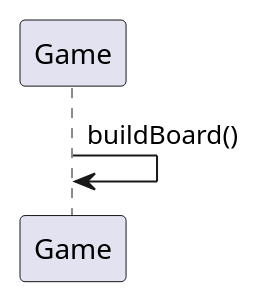
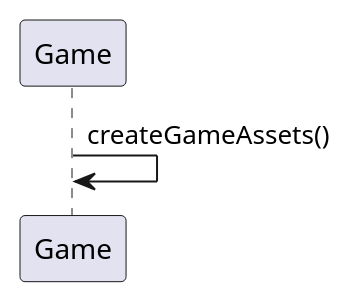
One commit to Dat1Cphbusiness/MonopolyF26 changed the diagram in doc/dynamic/sequence_UC1_BuildBoard.puml. Above: the diagram before and after it, drawn with PlantUML. The commit also changed 4 other files, not shown here.

```diff
--- a/doc/dynamic/sequence_UC1_BuildBoard.puml
+++ b/doc/dynamic/sequence_UC1_BuildBoard.puml
@@ -1,16 +1,25 @@
 @startuml
 'https://plantuml.com/sequence-diagram
 
 
 
-Game -> Game: buildBoard()
-'indsæt kald til readBoardData i FIleIO
-'indsæt kald til konstruktoren i Board
-'indsæt kald til createFields
+Game -> Game: createGameAssets()
+'indsæt kald til readData i FIleIO("fieldata.csv")
+'indsæt kald til til readData i FileIO("carddata.csv")
+
+
+
+'indsæt kald fra Game til konstruktoren i Board
+
+'indsæt kald til konstruktoren i CardDeck
+'indsæt kald til createCards
+'indsæt loop
+'indsæt kald til konstruktoren i Card
+
+'indsæt kald fra Board til createFields - også i Board
 'indsæt loop
 'indsæt kald til konstruktoren i Field
-'indsæt kald til readBoardData
-'indsæt kald til konstruktoren i CardDeck
-'indsæt kald til createCards
-'indsæt kald til konstruktoren i Card
+
+
+
 @enduml
```
